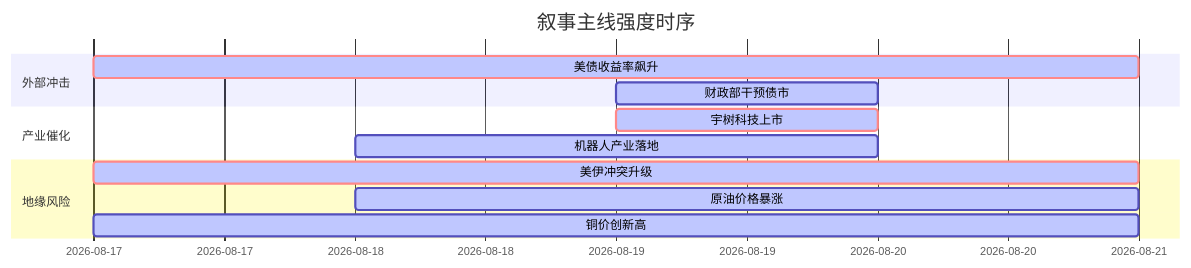
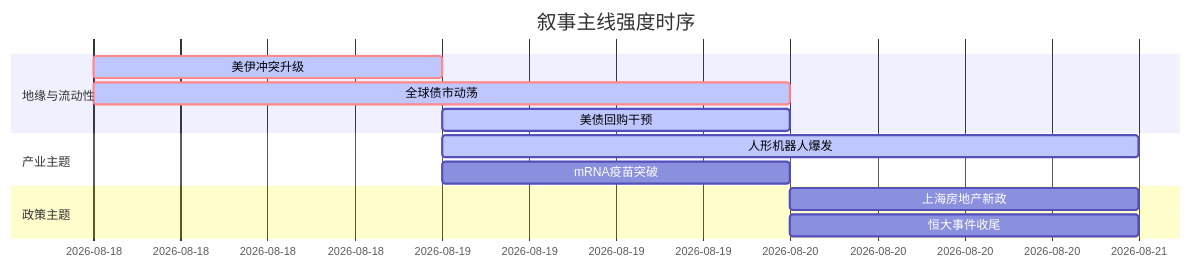
One commit to uu5zn/uu5zn.github.io changed the diagram in 5day_report.md. Above: the diagram before and after it, drawn with Mermaid. The commit also changed other lines of this file and 20 other files, not shown here.

````diff
--- a/5day_report.md
+++ b/5day_report.md
@@ -58,17 +58,17 @@
 ```mermaid
 gantt
     title 叙事主线强度时序
     dateFormat YYYY-MM-DD
-    section 外部冲击
-    美债收益率飙升   :crit, active, 2026-08-17, 4d
-    财政部干预债市   :active, 2026-08-19, 1d
+    section 地缘与流动性
+    美伊冲突升级     :crit, active, 2026-08-18, 1d
+    全球债市动荡     :crit, active, 2026-08-18, 2d
+    美债回购干预     :active, 2026-08-19, 1d
     
-    section 产业催化
-    宇树科技上市    :crit, active, 2026-08-19, 1d
-    机器人产业落地  :active, 2026-08-18, 2d
+    section 产业主题
+    人形机器人爆发   :active, 2026-08-19, 2d
+    mRNA疫苗突破     :2026-08-19, 1d
     
-    section 地缘风险
-    美伊冲突升级    :crit, active, 2026-08-17, 4d
-    原油价格暴涨    :active, 2026-08-18, 3d
-    铜价创新高      :active, 2026-08-17, 4d
+    section 政策主题
+    上海房地产新政   :2026-08-20, 1d
+    恒大事件收尾     :2026-08-20, 1d
 ```
````
